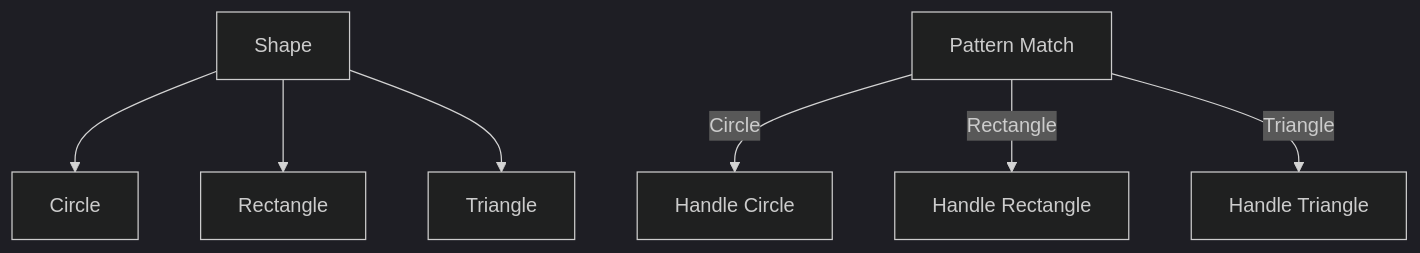
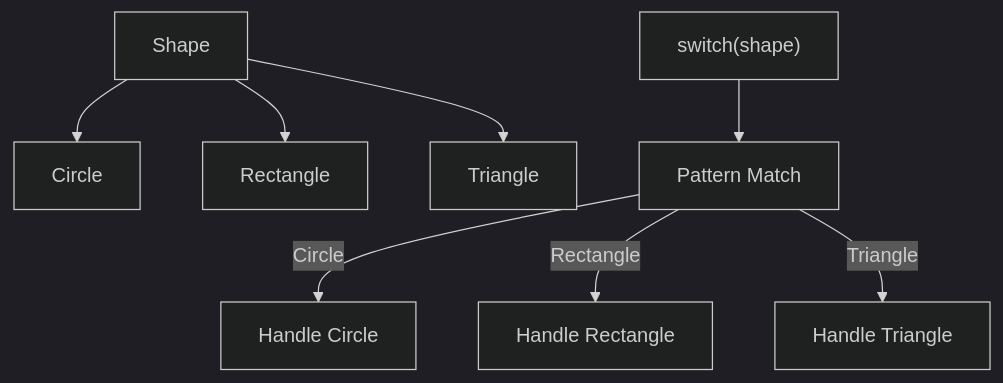
Before and after one commit to wahidyankf/baseerah: diagram 46 of 51 in repo-governance/conventions/formatting/diagrams.md, drawn with Mermaid (dark theme). The commit also changed other lines of this file and 8 other files, not shown here.

````diff
--- a/repo-governance/conventions/formatting/diagrams.md
+++ b/repo-governance/conventions/formatting/diagrams.md
@@ -1810,10 +1812,11 @@
 ```mermaid
 graph TD
     Shape --> Circle
     Shape --> Rectangle
     Shape --> Triangle
 
-    Switch[Pattern Match] --> |Circle| C[Handle Circle]
+    S[switch#40;shape#41;] --> Switch[Pattern Match]
+    Switch --> |Circle| C[Handle Circle]
     Switch --> |Rectangle| R[Handle Rectangle]
     Switch --> |Triangle| T[Handle Triangle]
 ```
````
